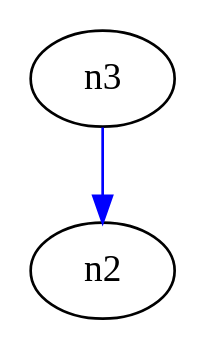
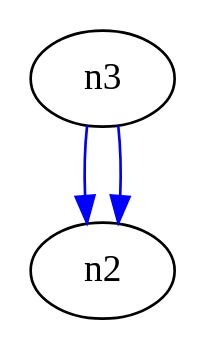
Before and after one commit to dotmpe/script-mpe: the diagram in graphviz.gv, drawn with Graphviz. The commit also changed 4 other files, not shown here.

Commit message:
Arduino and graphviz

```diff
--- a/graphviz.gv
+++ b/graphviz.gv
@@ -1,3 +1,4 @@
 digraph graphviz_gv {
 n3 -> n2  [color=blue];
+n3 -> n2  [color=blue];
 }
```
